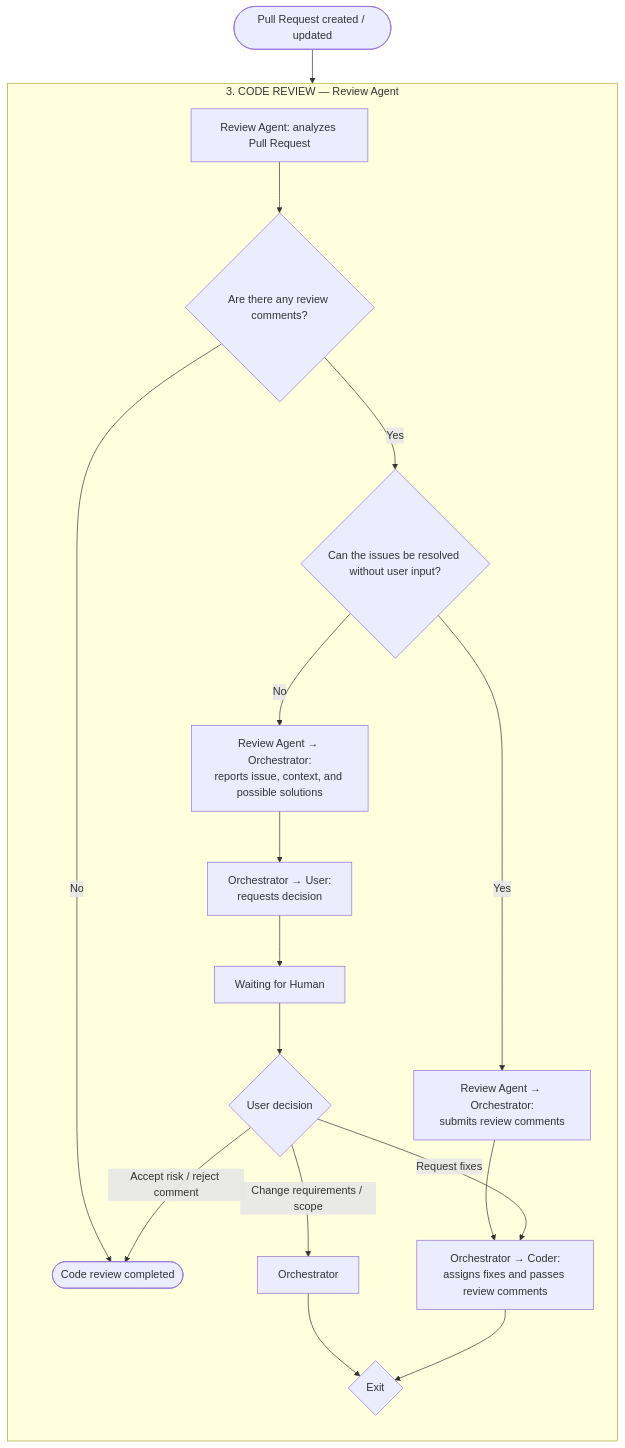
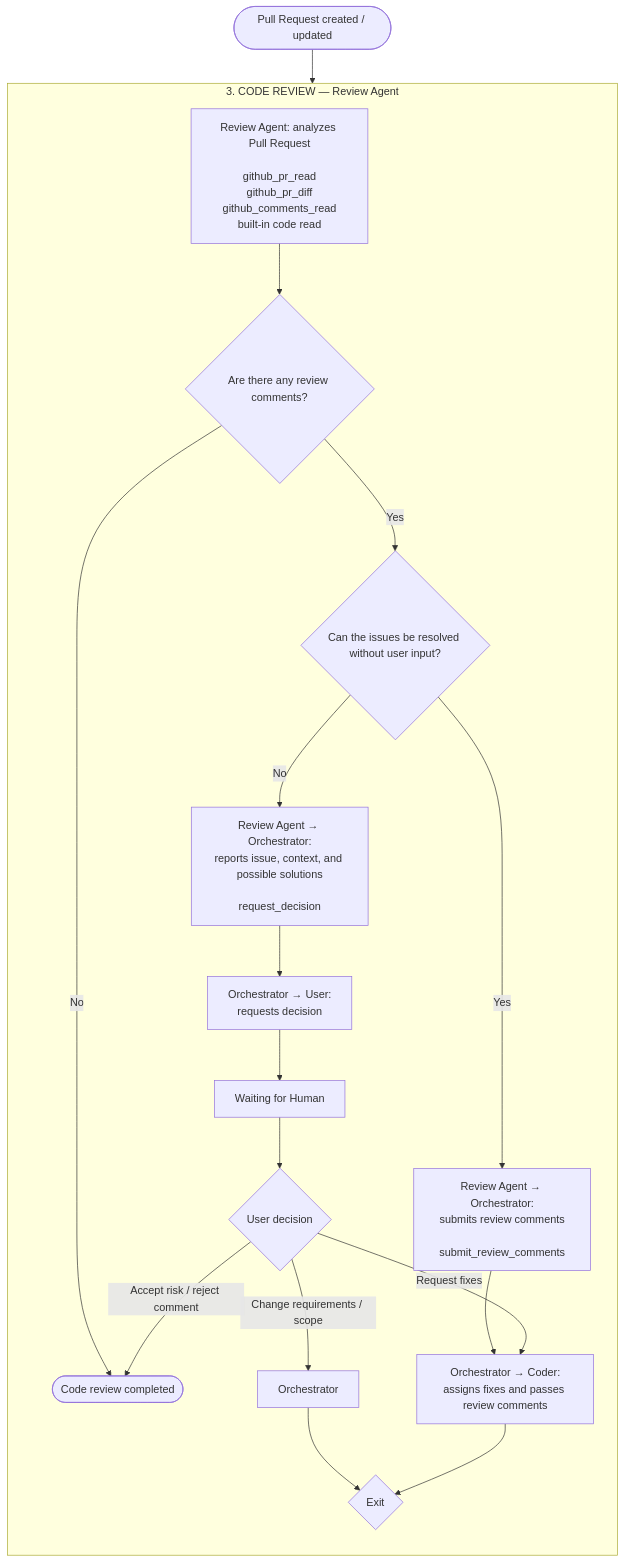
Before and after one commit to aliaksandrZh/ai-worker-01: the diagram in docs/flows/review.md, drawn with Mermaid. The commit also changed 4 other files, not shown here.

````diff
--- a/docs/flows/review.md
+++ b/docs/flows/review.md
@@ -1,36 +1,36 @@
 ```mermaid
 flowchart TB
 START(["Pull Request created / updated"])
 
 subgraph REVIEW["3. CODE REVIEW — Review Agent"]
     direction TB
 
-    R1["Review Agent: analyzes Pull Request"]
+    R1["Review Agent: analyzes Pull Request<br/><br/>github_pr_read<br/>github_pr_diff<br/>github_comments_read<br/>built-in code read"]
     R2{"Are there any review comments?"}
     R3{"Can the issues be resolved without user input?"}
 
-    R4["Review Agent → Orchestrator:<br/>submits review comments"]
+    R4["Review Agent → Orchestrator:<br/>submits review comments<br/><br/>submit_review_comments"]
     R5["Orchestrator → Coder:<br/>assigns fixes and passes review comments"]
 
-    R6["Review Agent → Orchestrator:<br/>reports issue, context, and possible solutions"]
+    R6["Review Agent → Orchestrator:<br/>reports issue, context, and possible solutions<br/><br/>request_decision"]
     R7["Orchestrator → User:<br/>requests decision"]
     R8["Waiting for Human"]
     R9{"User decision"}
     EXIT{"Exit"}
 
     R1 --> R2
     R2 -- "No" --> DONE(["Code review completed"])
     R2 -- "Yes" --> R3
 
     R3 -- "Yes" --> R4 --> R5
     R3 -- "No" --> R6 --> R7 --> R8 --> R9
 
     R9 -- "Request fixes" --> R5
     R9 -- "Change requirements / scope" --> ORCH["Orchestrator"]
     R9 -- "Accept risk / reject comment" --> DONE
     ORCH --> EXIT
     R5 --> EXIT
     end
 
 START --> R1
 ```
````
